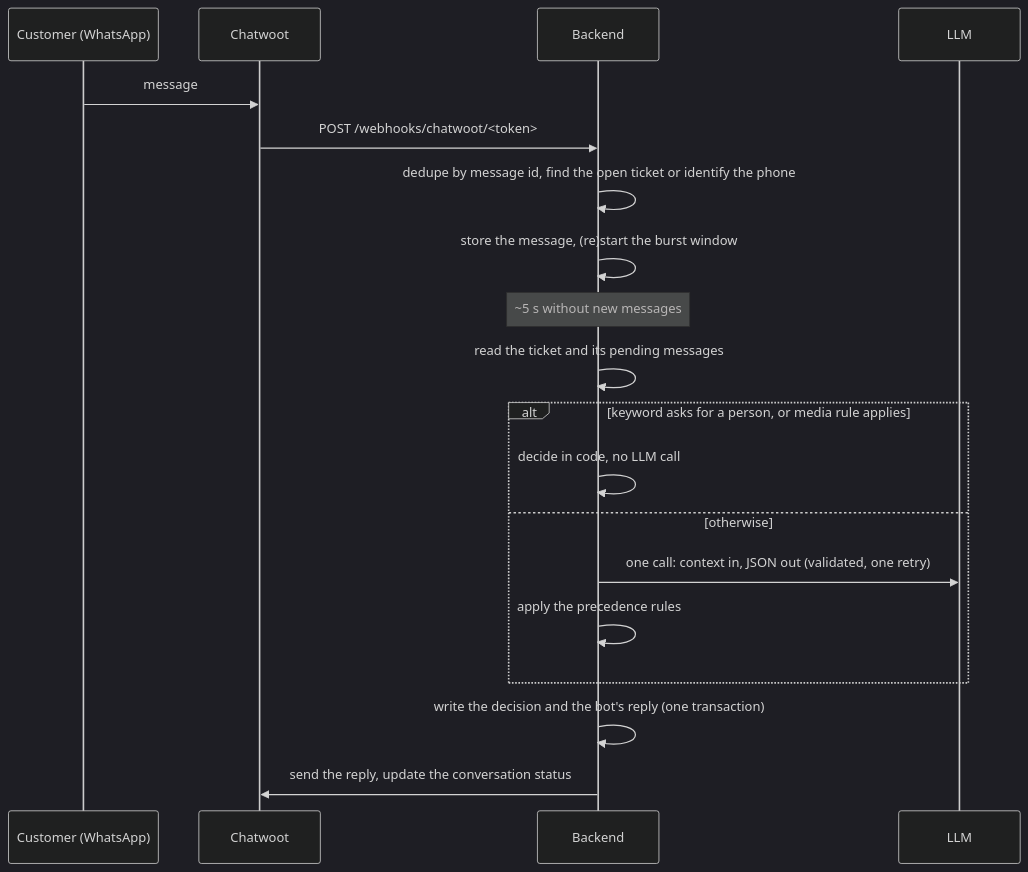
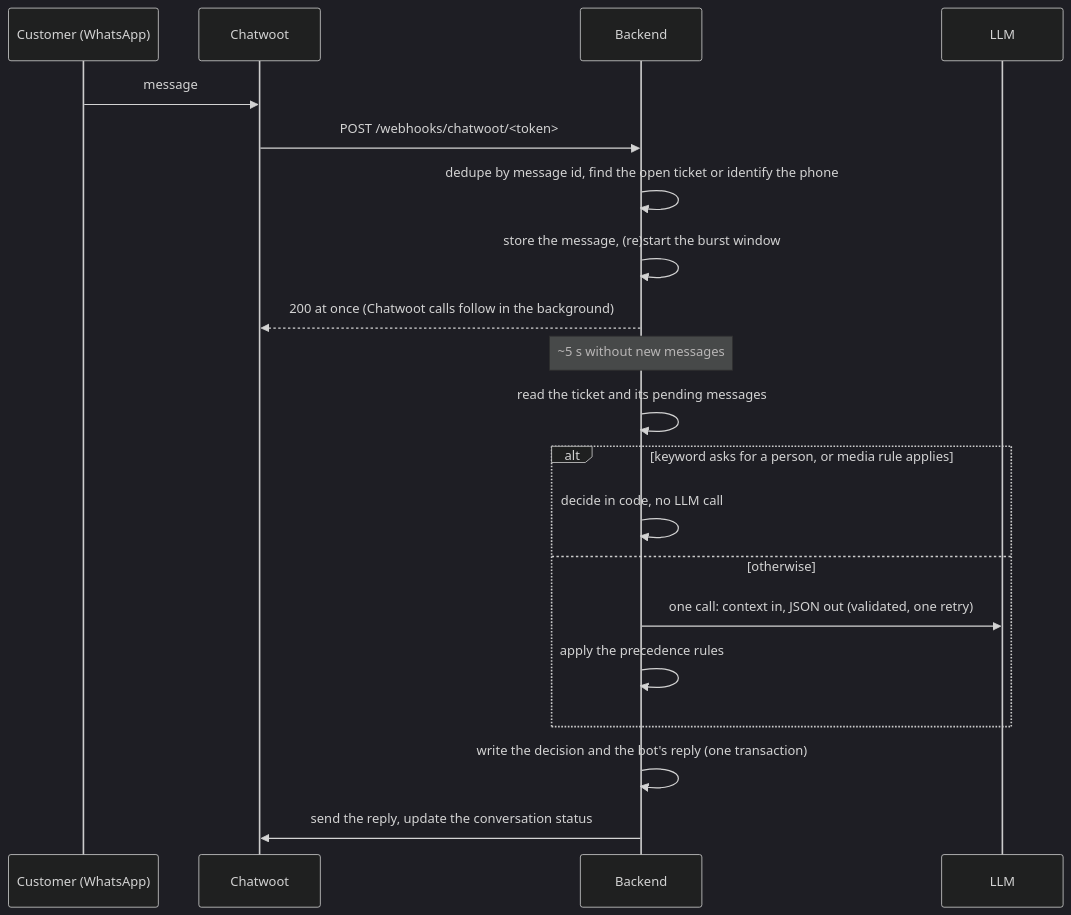
The second of 2 diagrams in docs/architecture.md (cauedev30/chatbot-atendimento-geniai), drawn with Mermaid (dark theme) before and after one commit. The commit also changed other lines of this file and 19 other files, not shown here.

````diff
--- a/docs/architecture.md
+++ b/docs/architecture.md
@@ -54,21 +54,22 @@
 ```mermaid
 sequenceDiagram
     participant C as Customer (WhatsApp)
     participant CW as Chatwoot
     participant B as Backend
     participant L as LLM
     C->>CW: message
     CW->>B: POST /webhooks/chatwoot/<token>
     B->>B: dedupe by message id, find the open ticket or identify the phone
     B->>B: store the message, (re)start the burst window
+    B-->>CW: 200 at once (Chatwoot calls follow in the background)
     Note over B: ~5 s without new messages
     B->>B: read the ticket and its pending messages
     alt keyword asks for a person, or media rule applies
         B->>B: decide in code, no LLM call
     else otherwise
         B->>L: one call: context in, JSON out (validated, one retry)
         B->>B: apply the precedence rules
     end
     B->>B: write the decision and the bot's reply (one transaction)
     B->>CW: send the reply, update the conversation status
 ```
````
